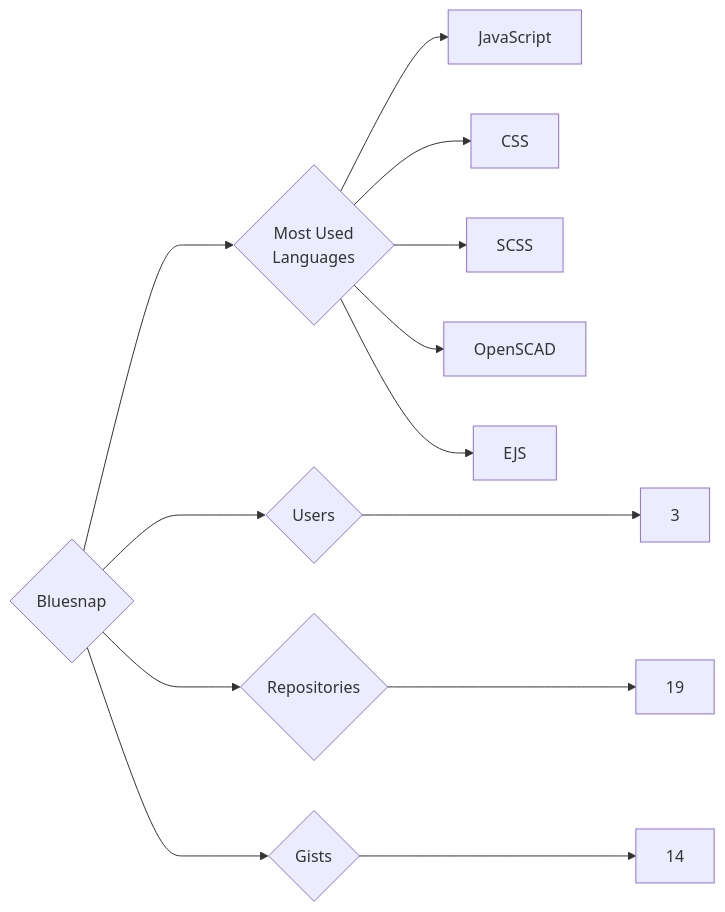
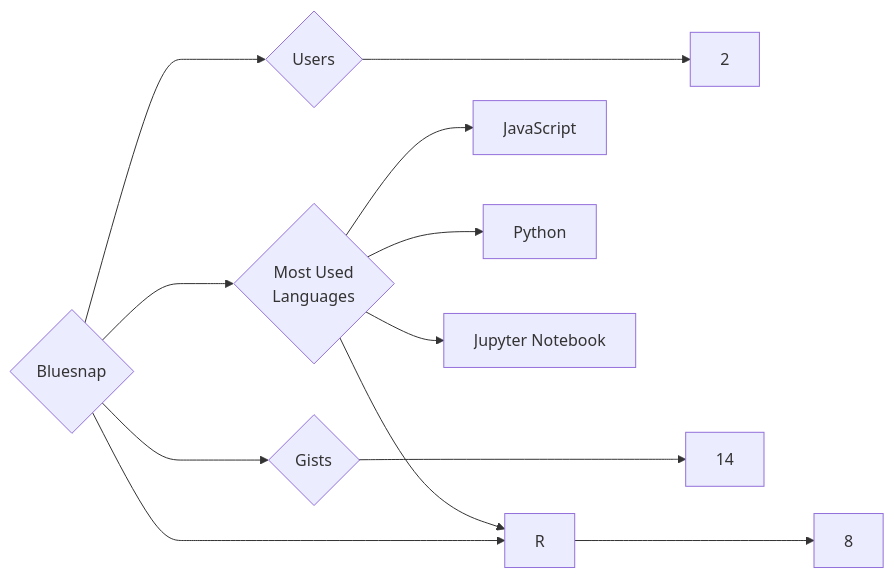
Before and after one commit to trickest/insiders: the diagram in targets/Bluesnap/README.md, drawn with Mermaid. The commit also changed 736 other files, not shown here.

````diff
--- a/targets/Bluesnap/README.md
+++ b/targets/Bluesnap/README.md
@@ -3,13 +3,12 @@
 ```mermaid
 graph LR
 COMPANY_NAME{Bluesnap}
-COMPANY_NAME ---> U{Users} ---> UN[3]
-COMPANY_NAME ---> R{Repositories} ---> RN[19]
+COMPANY_NAME ---> U{Users} ---> UN[2]
+COMPANY_NAME ---> R{Repositories} ---> RN[8]
 COMPANY_NAME ---> G{Gists} ---> GN[14]
 COMPANY_NAME ---> ML{Most Used<br>Languages}
 ML --> JavaScript[JavaScript]
-ML --> CSS[CSS]
-ML --> SCSS[SCSS]
-ML --> OpenSCAD[OpenSCAD]
-ML --> EJS[EJS]
+ML --> R[R]
+ML --> Python[Python]
+ML --> Jupyter_Notebook[Jupyter Notebook]
 ```
````
